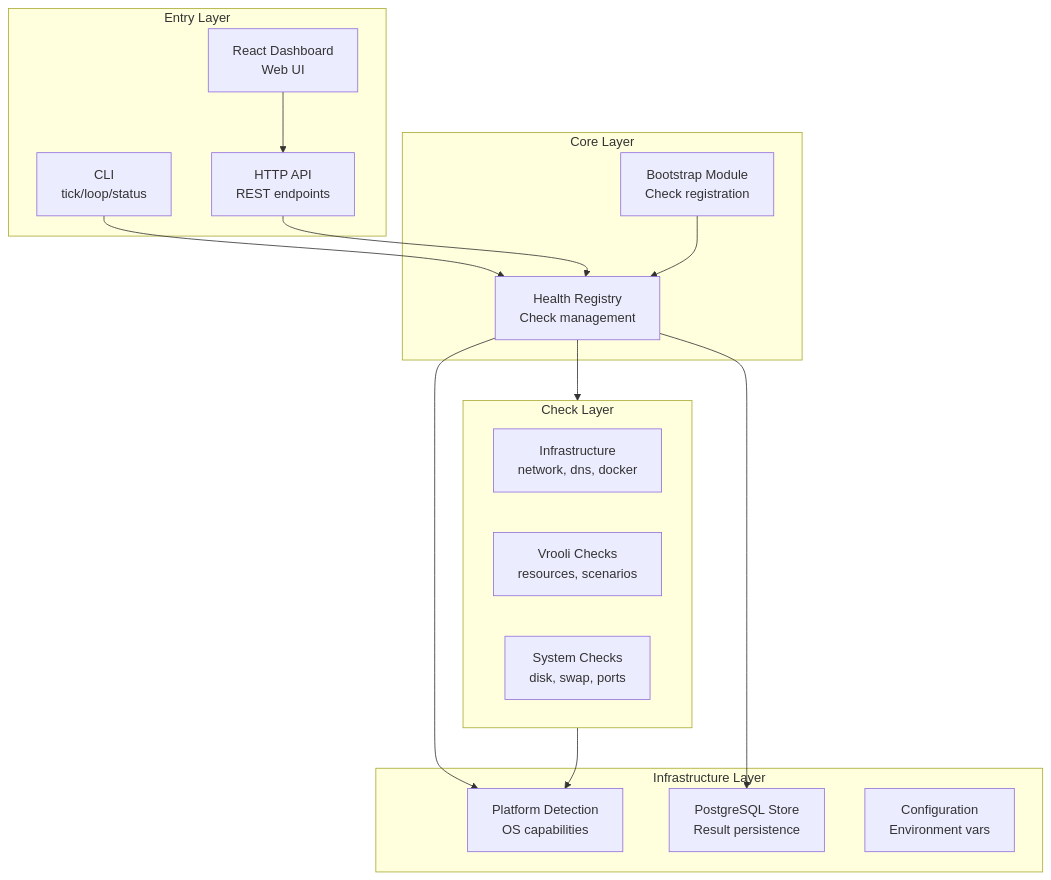
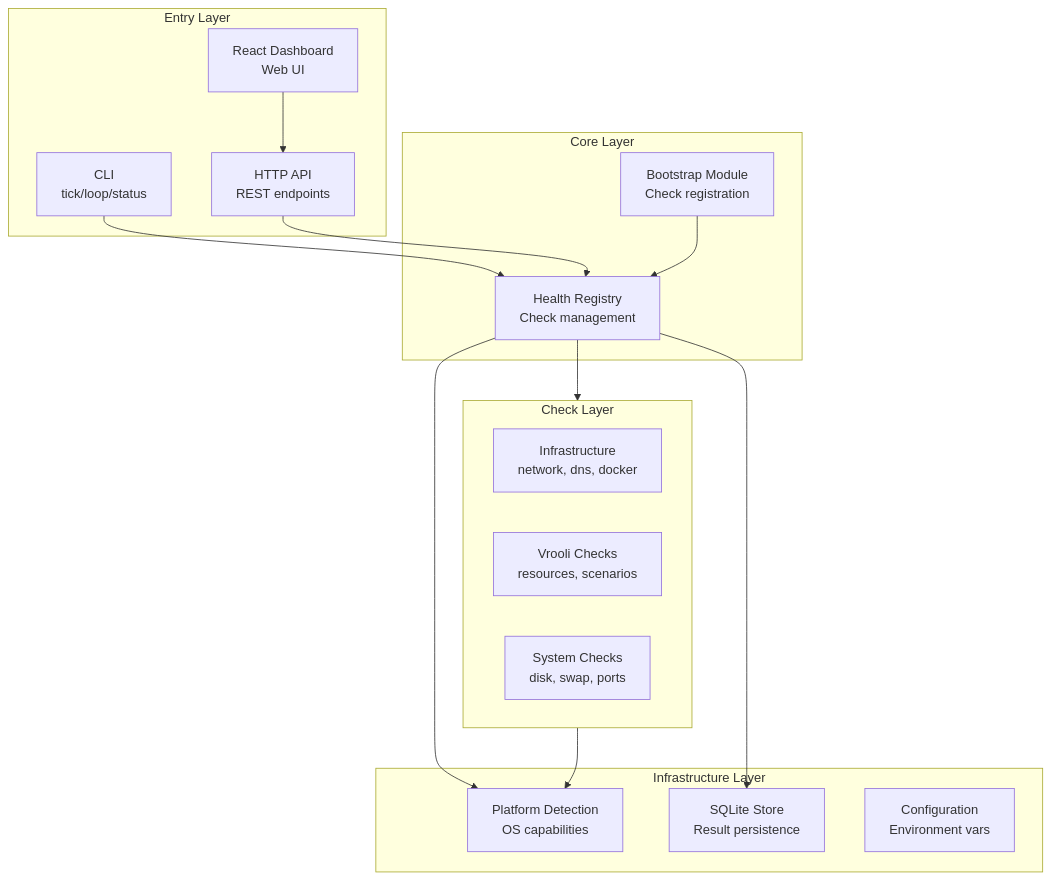
The diagram in scenarios/vrooli-autoheal/docs/concepts/architecture.md (Vrooli/Vrooli), drawn with Mermaid before and after one commit. The commit also changed 49 other files, not shown here.

````diff
--- a/scenarios/vrooli-autoheal/docs/concepts/architecture.md
+++ b/scenarios/vrooli-autoheal/docs/concepts/architecture.md
@@ -7,34 +7,34 @@
 ```mermaid
 graph TB
     subgraph Entry["Entry Layer"]
         CLI["CLI<br/>tick/loop/status"]
         API["HTTP API<br/>REST endpoints"]
         UI["React Dashboard<br/>Web UI"]
     end
 
     subgraph Core["Core Layer"]
         Registry["Health Registry<br/>Check management"]
         Bootstrap["Bootstrap Module<br/>Check registration"]
     end
 
     subgraph Checks["Check Layer"]
         Infra["Infrastructure<br/>network, dns, docker"]
         Vrooli["Vrooli Checks<br/>resources, scenarios"]
         System["System Checks<br/>disk, swap, ports"]
     end
 
     subgraph Infrastructure["Infrastructure Layer"]
         Platform["Platform Detection<br/>OS capabilities"]
-        Store["PostgreSQL Store<br/>Result persistence"]
+        Store["SQLite Store<br/>Result persistence"]
         Config["Configuration<br/>Environment vars"]
     end
 
     CLI --> Registry
     API --> Registry
     UI --> API
     Bootstrap --> Registry
     Registry --> Checks
     Registry --> Platform
     Registry --> Store
     Checks --> Platform
 ```
````
